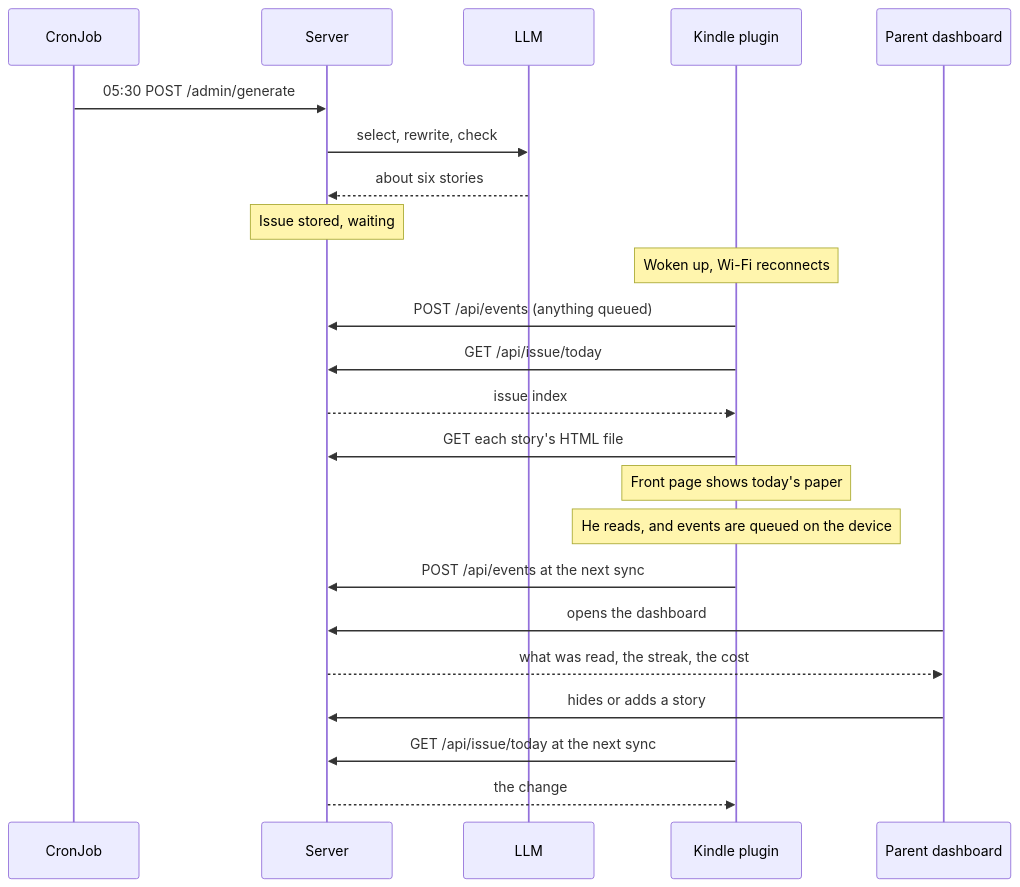
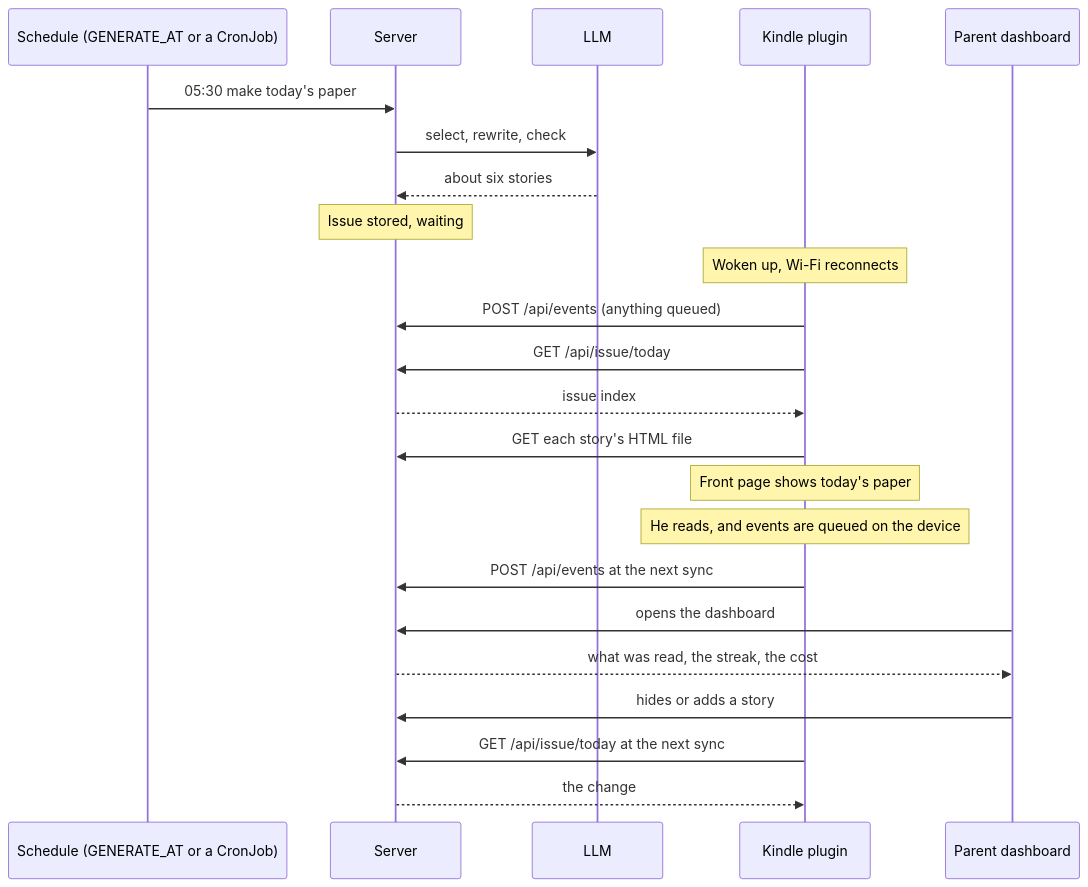
Before and after one commit to kris-g/early-edition-kids: the second of 2 diagrams in docs/architecture.md, drawn with Mermaid. The commit also changed other lines of this file and 12 other files, not shown here.

````diff
--- a/docs/architecture.md
+++ b/docs/architecture.md
@@ -48,29 +48,29 @@
 ```mermaid
 sequenceDiagram
-    participant Cron as CronJob
+    participant Cron as Schedule (GENERATE_AT or a CronJob)
     participant Server
     participant LLM
     participant Kindle as Kindle plugin
     participant Parent as Parent dashboard
 
-    Cron->>Server: 05:30 POST /admin/generate
+    Cron->>Server: 05:30 make today's paper
     Server->>LLM: select, rewrite, check
     LLM-->>Server: about six stories
     Note over Server: Issue stored, waiting
 
     Note over Kindle: Woken up, Wi-Fi reconnects
     Kindle->>Server: POST /api/events (anything queued)
     Kindle->>Server: GET /api/issue/today
     Server-->>Kindle: issue index
     Kindle->>Server: GET each story's HTML file
     Note over Kindle: Front page shows today's paper
 
     Note over Kindle: He reads, and events are queued on the device
     Kindle->>Server: POST /api/events at the next sync
 
     Parent->>Server: opens the dashboard
     Server-->>Parent: what was read, the streak, the cost
     Parent->>Server: hides or adds a story
     Kindle->>Server: GET /api/issue/today at the next sync
     Server-->>Kindle: the change
 ```
````
